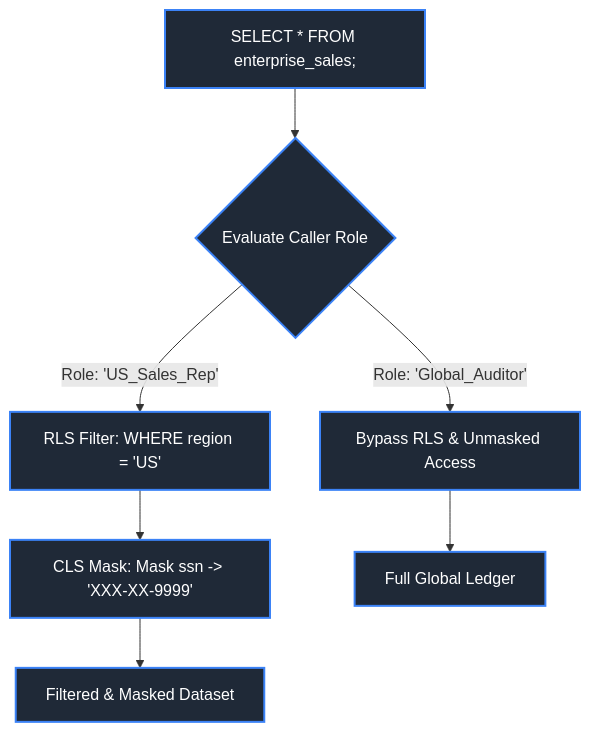
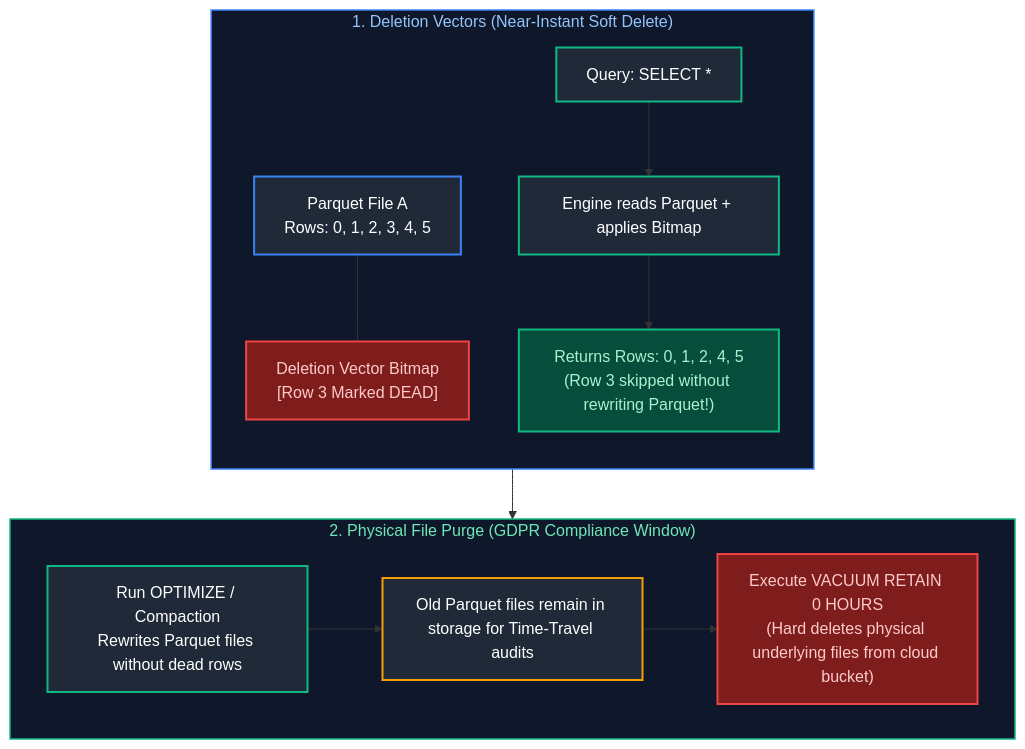
The fifth of 9 diagrams in Data Engineering/14_data_governance_security_and_observability.md (joydeep-biswas/Interview-Preparation), drawn with Mermaid before and after one commit. The commit also changed other lines of this file and 143 other files, not shown here.

````diff
--- a/Data Engineering/14_data_governance_security_and_observability.md
+++ b/Data Engineering/14_data_governance_security_and_observability.md
@@ -308,18 +421,32 @@
 ```mermaid
 flowchart TD
-    Query["SELECT * FROM enterprise_sales;"] --> AuthFilter{Evaluate Caller Role}
-    AuthFilter -- Role: 'US_Sales_Rep' --> RLS["RLS Filter: WHERE region = 'US'"]
-    RLS --> CLS["CLS Mask: Mask ssn -> 'XXX-XX-9999'"]
-    CLS --> Result1["Filtered & Masked Dataset"]
-    
-    AuthFilter -- Role: 'Global_Auditor' --> Bypass["Bypass RLS & Unmasked Access"]
-    Bypass --> Result2["Full Global Ledger"]
+    subgraph DeletionVectors ["1. Deletion Vectors (Near-Instant Soft Delete)"]
+        direction TB
+        FileA["Parquet File A<br/>Rows: 0, 1, 2, 3, 4, 5"]
+        DV["Deletion Vector Bitmap<br/>[Row 3 Marked DEAD]"]
+        FileA --- DV
+        Query["Query: SELECT *"] --> Engine["Engine reads Parquet + applies Bitmap"]
+        Engine --> Output["Returns Rows: 0, 1, 2, 4, 5<br/>(Row 3 skipped without rewriting Parquet!)"]
+    end
 
-    style Query fill:#1f2937,stroke:#3b82f6,stroke-width:2px,color:#fff
-    style AuthFilter fill:#1f2937,stroke:#3b82f6,stroke-width:2px,color:#fff
-    style RLS fill:#1f2937,stroke:#3b82f6,stroke-width:2px,color:#fff
-    style CLS fill:#1f2937,stroke:#3b82f6,stroke-width:2px,color:#fff
-    style Result1 fill:#1f2937,stroke:#3b82f6,stroke-width:2px,color:#fff
-    style Bypass fill:#1f2937,stroke:#3b82f6,stroke-width:2px,color:#fff
-    style Result2 fill:#1f2937,stroke:#3b82f6,stroke-width:2px,color:#fff
+    subgraph PhysicalPurge ["2. Physical File Purge (GDPR Compliance Window)"]
+        direction LR
+        Step1["Run OPTIMIZE / Compaction<br/>Rewrites Parquet files without dead rows"]
+        Step2["Old Parquet files remain in storage for Time-Travel audits"]
+        Step3["Execute VACUUM RETAIN 0 HOURS<br/>(Hard deletes physical underlying files from cloud bucket)"]
+        Step1 --> Step2 --> Step3
+    end
+
+    DeletionVectors --> PhysicalPurge
+
+    style DeletionVectors fill:#0f172a,stroke:#3b82f6,stroke-width:1.5px,color:#93c5fd
+    style PhysicalPurge fill:#0f172a,stroke:#10b981,stroke-width:1.5px,color:#6ee7b7
+    style FileA fill:#1f2937,stroke:#3b82f6,stroke-width:2px,color:#fff
+    style DV fill:#7f1d1d,stroke:#ef4444,stroke-width:2px,color:#fecaca
+    style Query fill:#1f2937,stroke:#10b981,stroke-width:2px,color:#fff
+    style Engine fill:#1f2937,stroke:#10b981,stroke-width:2px,color:#fff
+    style Output fill:#064e3b,stroke:#10b981,stroke-width:2px,color:#a7f3d0
+    style Step1 fill:#1f2937,stroke:#10b981,stroke-width:2px,color:#fff
+    style Step2 fill:#1f2937,stroke:#f59e0b,stroke-width:2px,color:#fff
+    style Step3 fill:#7f1d1d,stroke:#ef4444,stroke-width:2px,color:#fecaca
 ```
````
